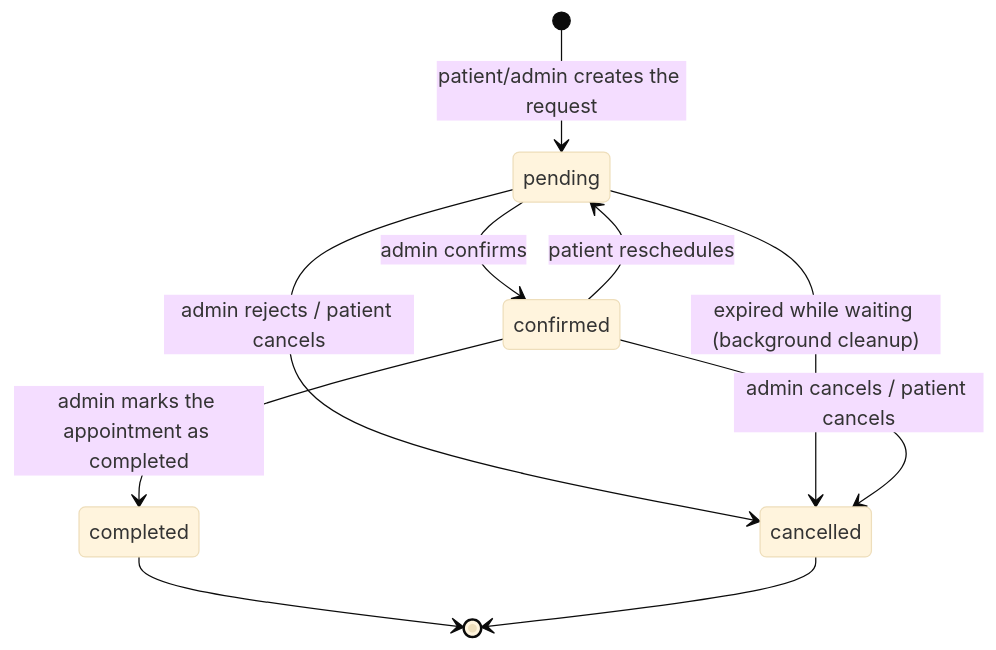
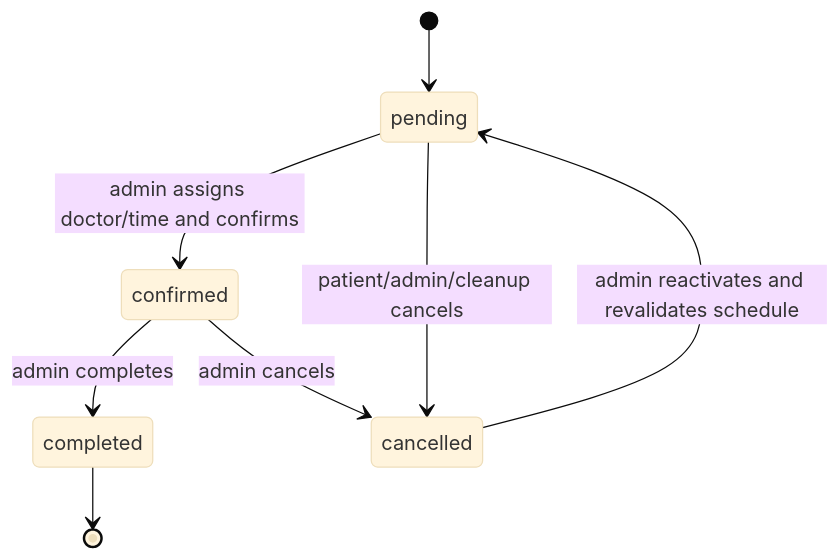
Before and after one commit to ViolettaNcl/DentalClinic: the first of 2 diagrams in docs/en/DATA_DICTIONARY.md, drawn with Mermaid (base theme). The commit also changed other lines of this file and 37 other files, not shown here.

````diff
--- a/docs/en/DATA_DICTIONARY.md
+++ b/docs/en/DATA_DICTIONARY.md
@@ -132,12 +87,10 @@
 ```mermaid
 stateDiagram-v2
-    [*] --> pending: patient/admin creates the request
-    pending --> confirmed: admin confirms
-    pending --> cancelled: admin rejects / patient cancels
-    pending --> cancelled: expired while waiting (background cleanup)
-    confirmed --> completed: admin marks the appointment as completed
-    confirmed --> cancelled: admin cancels / patient cancels
-    confirmed --> pending: patient reschedules
+    [*] --> pending
+    pending --> confirmed: admin assigns doctor/time and confirms
+    pending --> cancelled: patient/admin/cleanup cancels
+    confirmed --> completed: admin completes
+    confirmed --> cancelled: admin cancels
+    cancelled --> pending: admin reactivates and revalidates schedule
     completed --> [*]
-    cancelled --> [*]
 ```
````
